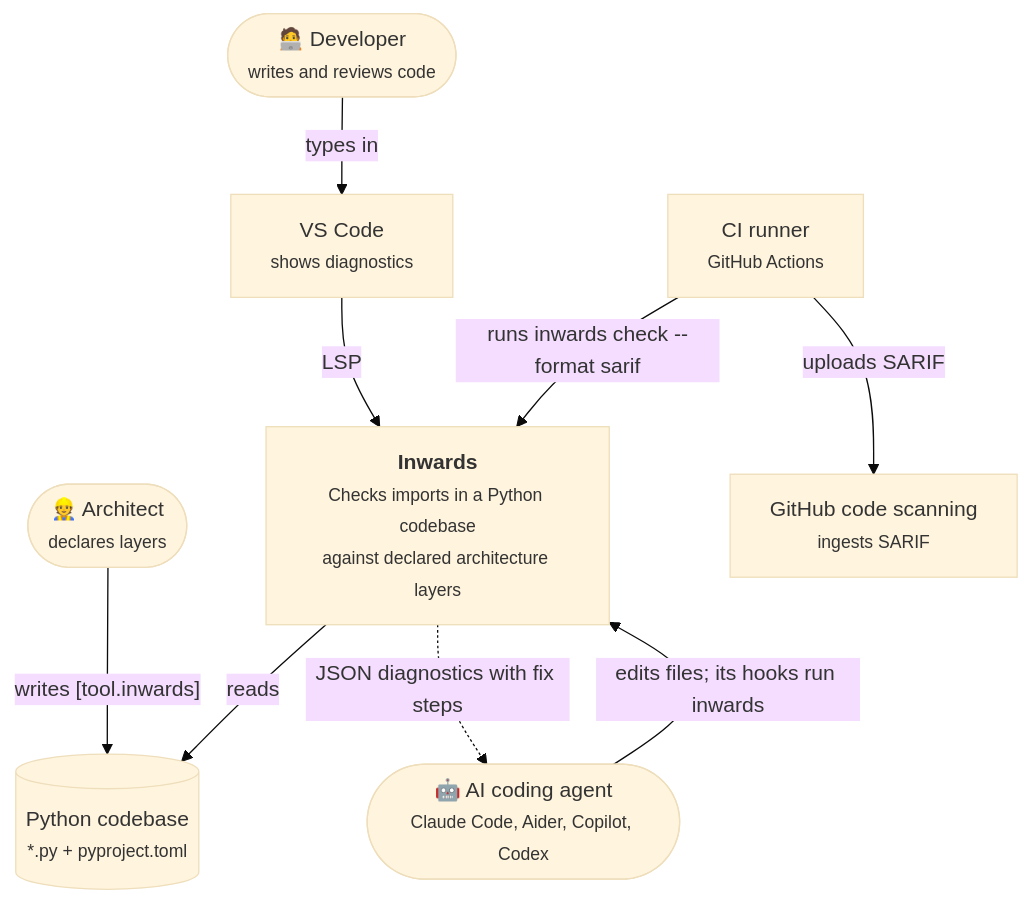
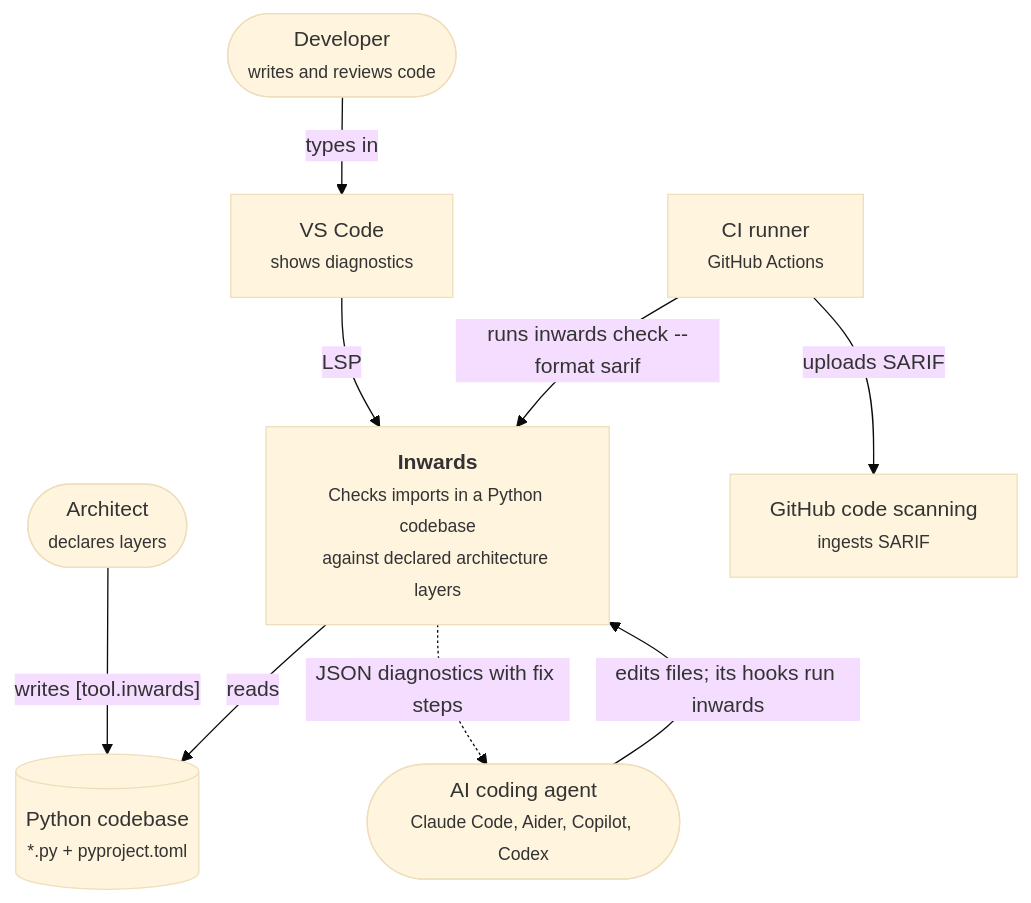
The first of 6 diagrams in docs/chapters/03-Architecture-C4.md (SirCypkowskyy/inwards), drawn with Mermaid (base theme) before and after one commit. The commit also changed other lines of this file and 9 other files, not shown here.

First line of the commit message:
docs: draw diagram and status icons instead of emoji, recolour the chapter 6 pie

````diff
--- a/docs/chapters/03-Architecture-C4.md
+++ b/docs/chapters/03-Architecture-C4.md
@@ -12,23 +12,23 @@
 ```mermaid
 flowchart TB
-    architect(["👷 Architect<br/><small>declares layers</small>"])
-    dev(["🧑‍💻 Developer<br/><small>writes and reviews code</small>"])
-    agent(["🤖 AI coding agent<br/><small>Claude Code, Aider, Copilot, Codex</small>"])
+    architect(["Architect<br/><small>declares layers</small>"])
+    dev(["Developer<br/><small>writes and reviews code</small>"])
+    agent(["AI coding agent<br/><small>Claude Code, Aider, Copilot, Codex</small>"])
 
     inwards["<b>Inwards</b><br/><small>Checks imports in a Python codebase<br/>against declared architecture layers</small>"]
 
     repo[("Python codebase<br/><small>*.py + pyproject.toml</small>")]
     editor["VS Code<br/><small>shows diagnostics</small>"]
     ci["CI runner<br/><small>GitHub Actions</small>"]
     scanning["GitHub code scanning<br/><small>ingests SARIF</small>"]
 
     architect -- "writes [tool.inwards]" --> repo
     agent -- "edits files; its hooks run inwards" --> inwards
     dev -- "types in" --> editor
     editor -- "LSP" --> inwards
     ci -- "runs inwards check --format sarif" --> inwards
     inwards -- "reads" --> repo
     ci -- "uploads SARIF" --> scanning
     inwards -. "JSON diagnostics with fix steps" .-> agent
 
 ```
````
